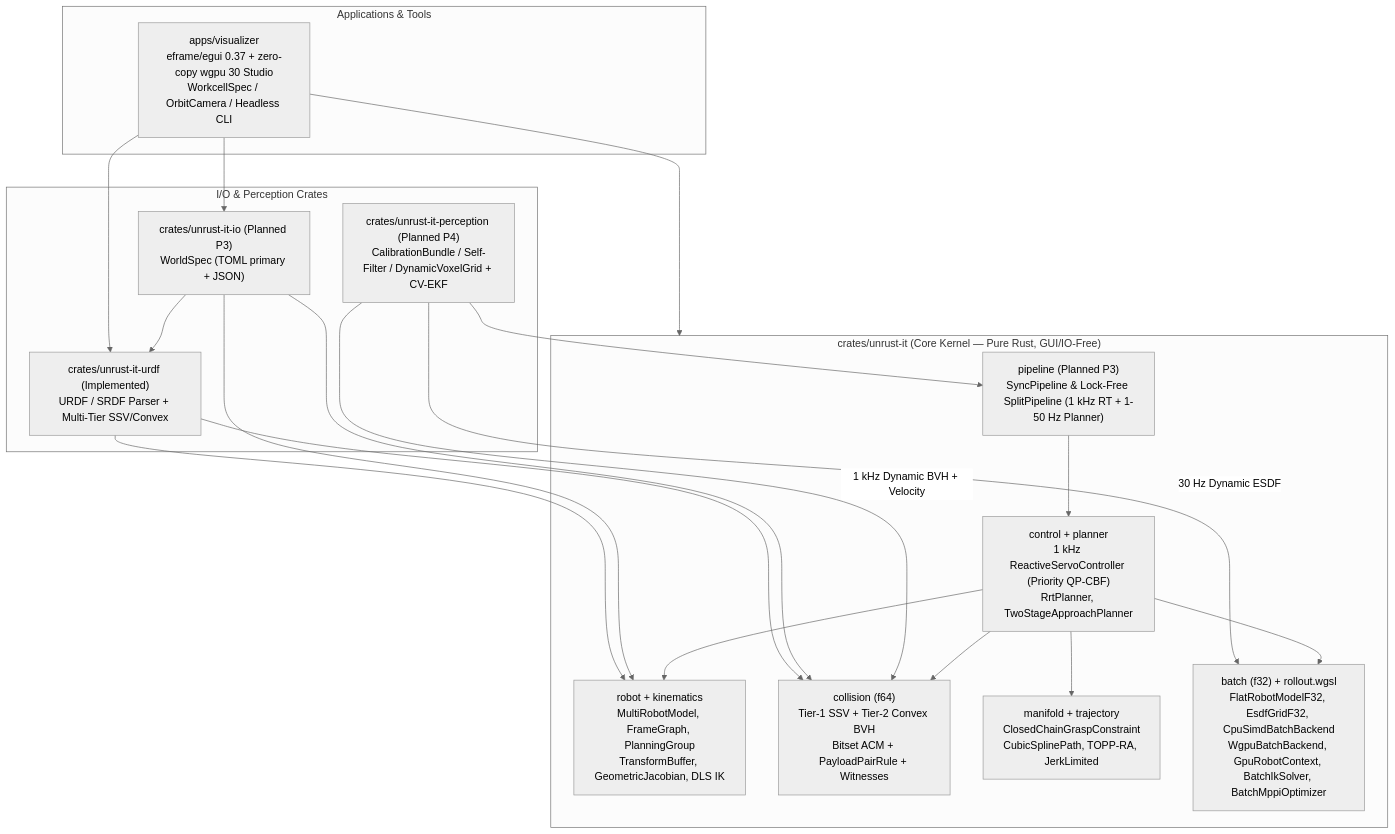
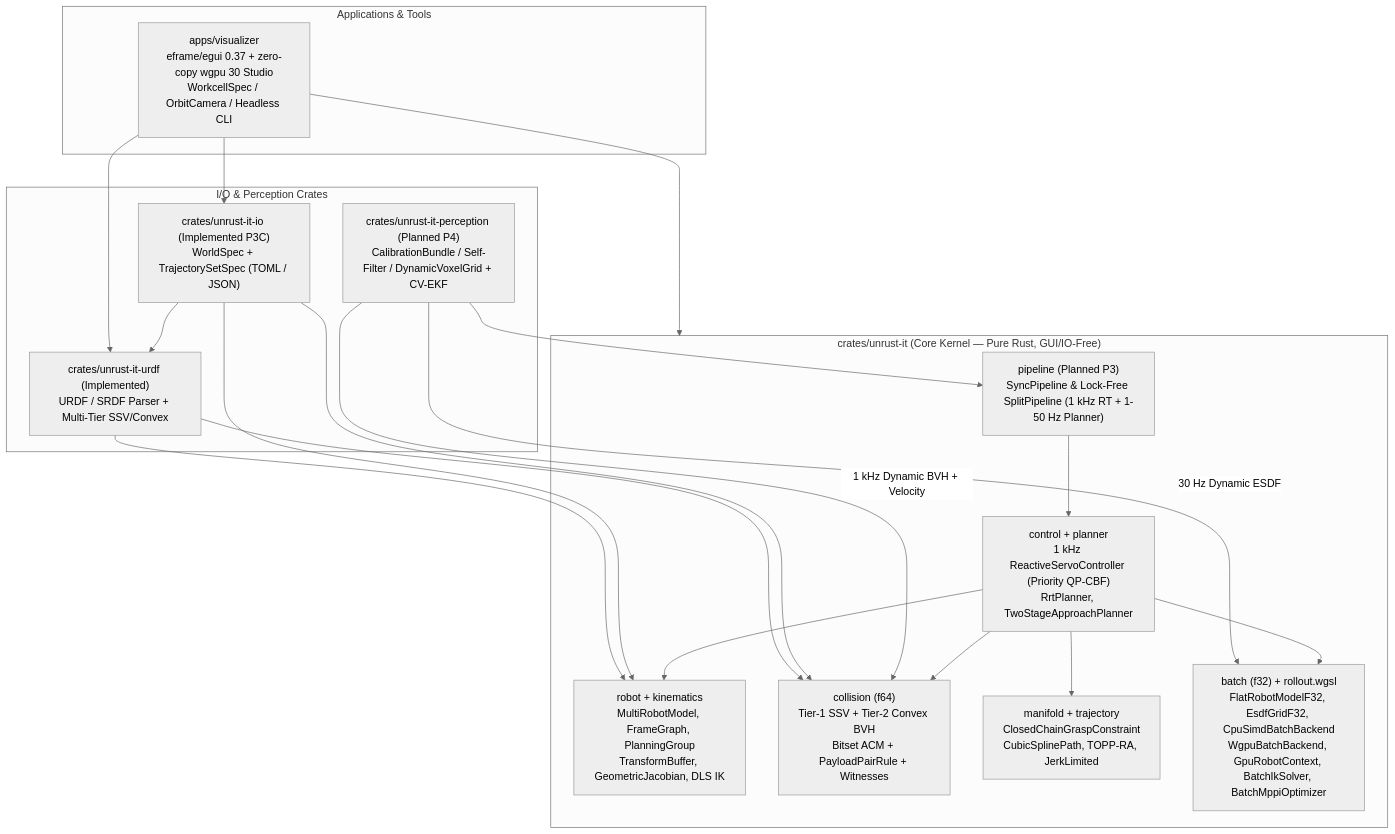
One commit to imesper/unrust-it changed the diagram in docs/ARCHITECTURE.md. Above: the diagram before and after it, drawn with Mermaid (neutral theme). The commit also changed other lines of this file and 23 other files, not shown here.

Commit message:
feat(io,visualizer): add unrust-it-io world & trajectory/subframe import (Milestone 3C)

````diff
--- a/docs/ARCHITECTURE.md
+++ b/docs/ARCHITECTURE.md
@@ -30,38 +30,38 @@
 ```mermaid
 flowchart TB
     subgraph Apps["Applications & Tools"]
         Studio["apps/visualizer<br/>eframe/egui 0.37 + zero-copy wgpu 30 Studio<br/>WorkcellSpec / OrbitCamera / Headless CLI"]
     end
 
     subgraph IO_Percep["I/O & Perception Crates"]
         URDF["crates/unrust-it-urdf (Implemented)<br/>URDF / SRDF Parser + Multi-Tier SSV/Convex"]
-        IO["crates/unrust-it-io (Planned P3)<br/>WorldSpec (TOML primary + JSON)"]
+        IO["crates/unrust-it-io (Implemented P3C)<br/>WorldSpec + TrajectorySetSpec (TOML / JSON)"]
         PER["crates/unrust-it-perception (Planned P4)<br/>CalibrationBundle / Self-Filter / DynamicVoxelGrid + CV-EKF"]
     end
 
     subgraph Kernel["crates/unrust-it (Core Kernel — Pure Rust, GUI/IO-Free)"]
         K_Model["robot + kinematics<br/>MultiRobotModel, FrameGraph, PlanningGroup<br/>TransformBuffer, GeometricJacobian, DLS IK"]
         K_Coll["collision (f64)<br/>Tier-1 SSV + Tier-2 Convex BVH<br/>Bitset ACM + PayloadPairRule + Witnesses"]
         K_Man["manifold + trajectory<br/>ClosedChainGraspConstraint<br/>CubicSplinePath, TOPP-RA, JerkLimited"]
         K_Ctrl["control + planner<br/>1 kHz ReactiveServoController (Priority QP-CBF)<br/>RrtPlanner, TwoStageApproachPlanner"]
         K_Batch["batch (f32) + rollout.wgsl<br/>FlatRobotModelF32, EsdfGridF32, CpuSimdBatchBackend<br/>WgpuBatchBackend, GpuRobotContext, BatchIkSolver, BatchMppiOptimizer"]
         K_Pipe["pipeline (Planned P3)<br/>SyncPipeline & Lock-Free SplitPipeline (1 kHz RT + 1-50 Hz Planner)"]
     end
 
     Studio --> URDF
     Studio --> IO
     Studio --> Kernel
     URDF --> K_Model
     URDF --> K_Coll
     IO --> URDF
     IO --> K_Model
     IO --> K_Coll
     PER -->|30 Hz Dynamic ESDF| K_Batch
     PER -->|1 kHz Dynamic BVH + Velocity| K_Coll
     PER --> K_Pipe
     K_Ctrl --> K_Model
     K_Ctrl --> K_Coll
     K_Ctrl --> K_Man
     K_Ctrl --> K_Batch
     K_Pipe --> K_Ctrl
 ```
````
